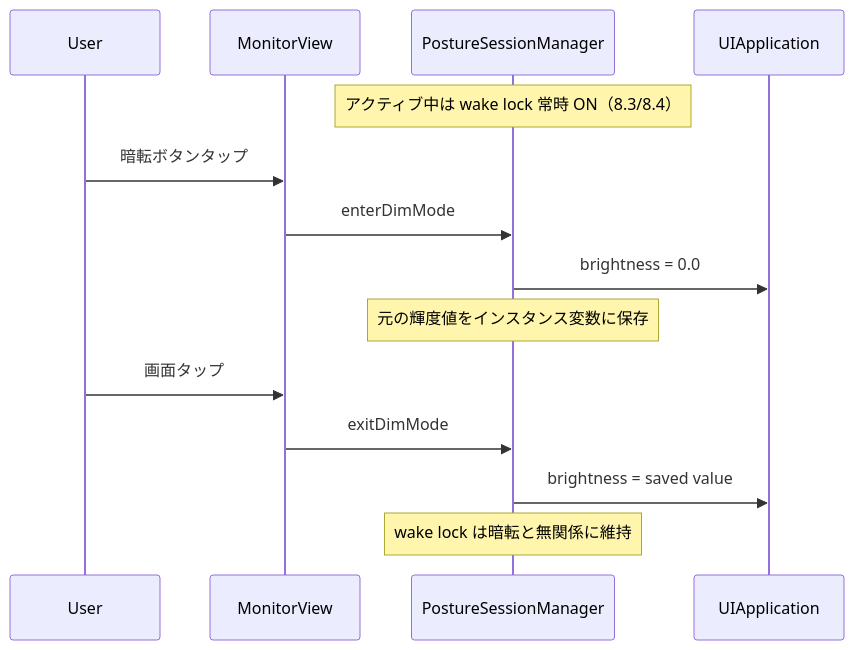
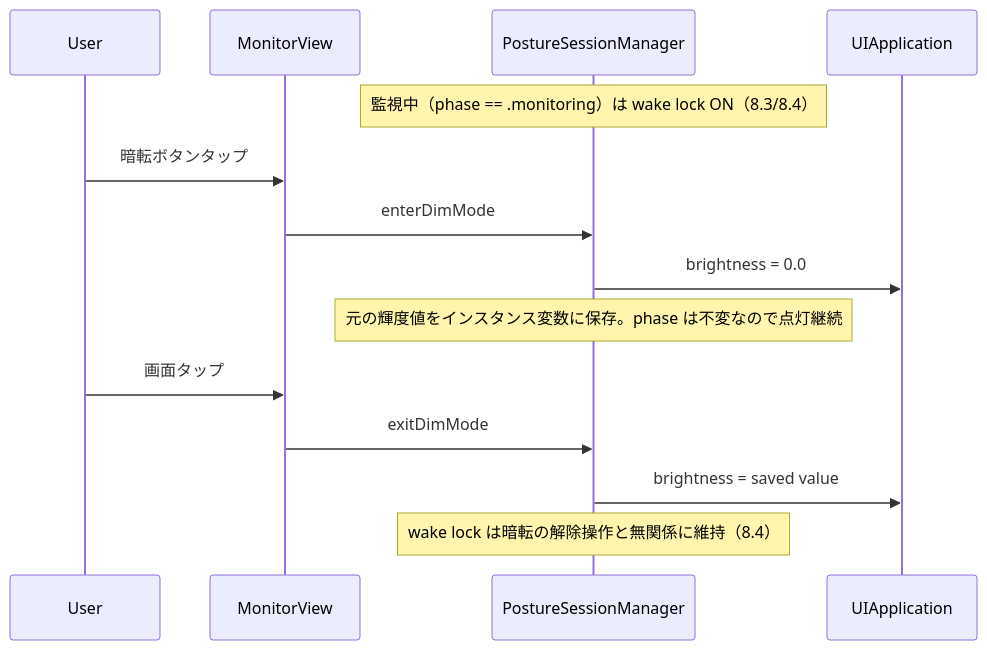
The fifth of 6 diagrams in .kiro/specs/nekoze-fix/design.md (da-shina/nekoze-fix), drawn with Mermaid before and after one commit. The commit also changed other lines of this file and 8 other files, not shown here.

````diff
--- a/.kiro/specs/nekoze-fix/design.md
+++ b/.kiro/specs/nekoze-fix/design.md
@@ -641,16 +641,16 @@
 ```mermaid
 sequenceDiagram
     participant User
     participant Monitor as MonitorView
     participant Session as PostureSessionManager
     participant App as UIApplication
-    Note over Session: アクティブ中は wake lock 常時 ON（8.3/8.4）
+    Note over Session: 監視中（phase == .monitoring）は wake lock ON（8.3/8.4）
     User->>Monitor: 暗転ボタンタップ
     Monitor->>Session: enterDimMode
     Session->>App: brightness = 0.0
-    Note over Session: 元の輝度値をインスタンス変数に保存
+    Note over Session: 元の輝度値をインスタンス変数に保存。phase は不変なので点灯継続
     User->>Monitor: 画面タップ
     Monitor->>Session: exitDimMode
     Session->>App: brightness = saved value
-    Note over Session: wake lock は暗転と無関係に維持
+    Note over Session: wake lock は暗転の解除操作と無関係に維持（8.4）
 ```
````
